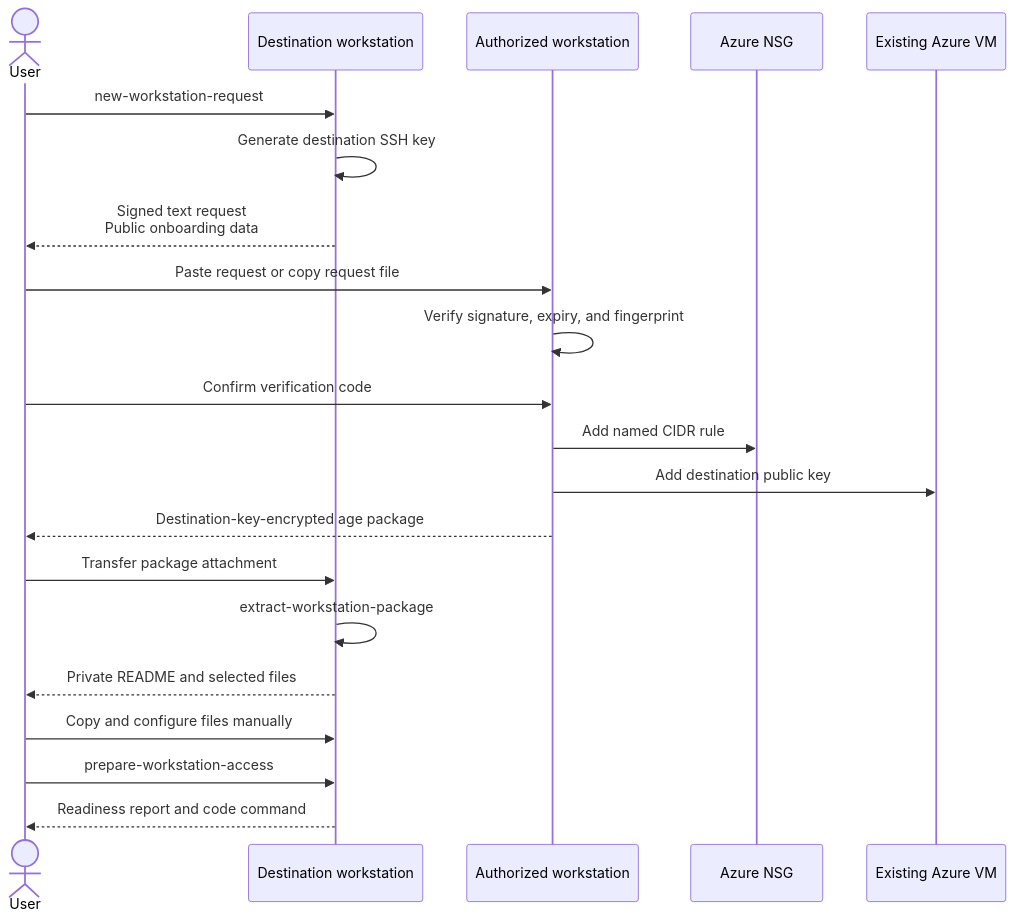
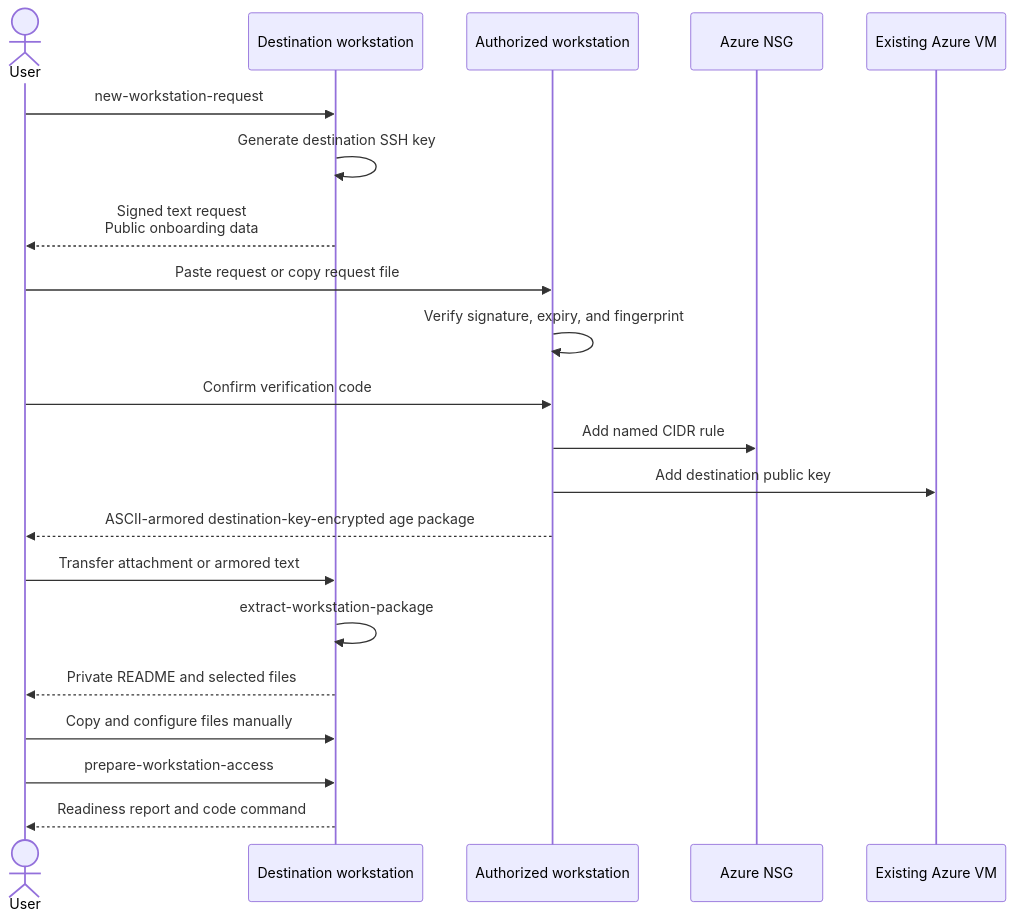
One commit to viscalyx/Kravhantering changed the diagram in docs/development/azure-vm-remote-ssh-development.md. Above: the diagram before and after it, drawn with Mermaid. The commit also changed other lines of this file and 3 other files, not shown here.

Commit message:
fix: update Azure VM documentation and scripts for ASCII-armored package handling

````diff
--- a/docs/development/azure-vm-remote-ssh-development.md
+++ b/docs/development/azure-vm-remote-ssh-development.md
@@ -990,24 +990,24 @@
 ```mermaid
 sequenceDiagram
     actor User
     participant Destination as Destination workstation
     participant Source as Authorized workstation
     participant Azure as Azure NSG
     participant VM as Existing Azure VM
 
     User->>Destination: new-workstation-request
     Destination->>Destination: Generate destination SSH key
     Destination-->>User: Signed text request<br/>Public onboarding data
     User->>Source: Paste request or copy request file
     Source->>Source: Verify signature, expiry, and fingerprint
     User->>Source: Confirm verification code
     Source->>Azure: Add named CIDR rule
     Source->>VM: Add destination public key
-    Source-->>User: Destination-key-encrypted age package
-    User->>Destination: Transfer package attachment
+    Source-->>User: ASCII-armored destination-key-encrypted age package
+    User->>Destination: Transfer attachment or armored text
     Destination->>Destination: extract-workstation-package
     Destination-->>User: Private README and selected files
     User->>Destination: Copy and configure files manually
     User->>Destination: prepare-workstation-access
     Destination-->>User: Readiness report and code command
 ```
````
